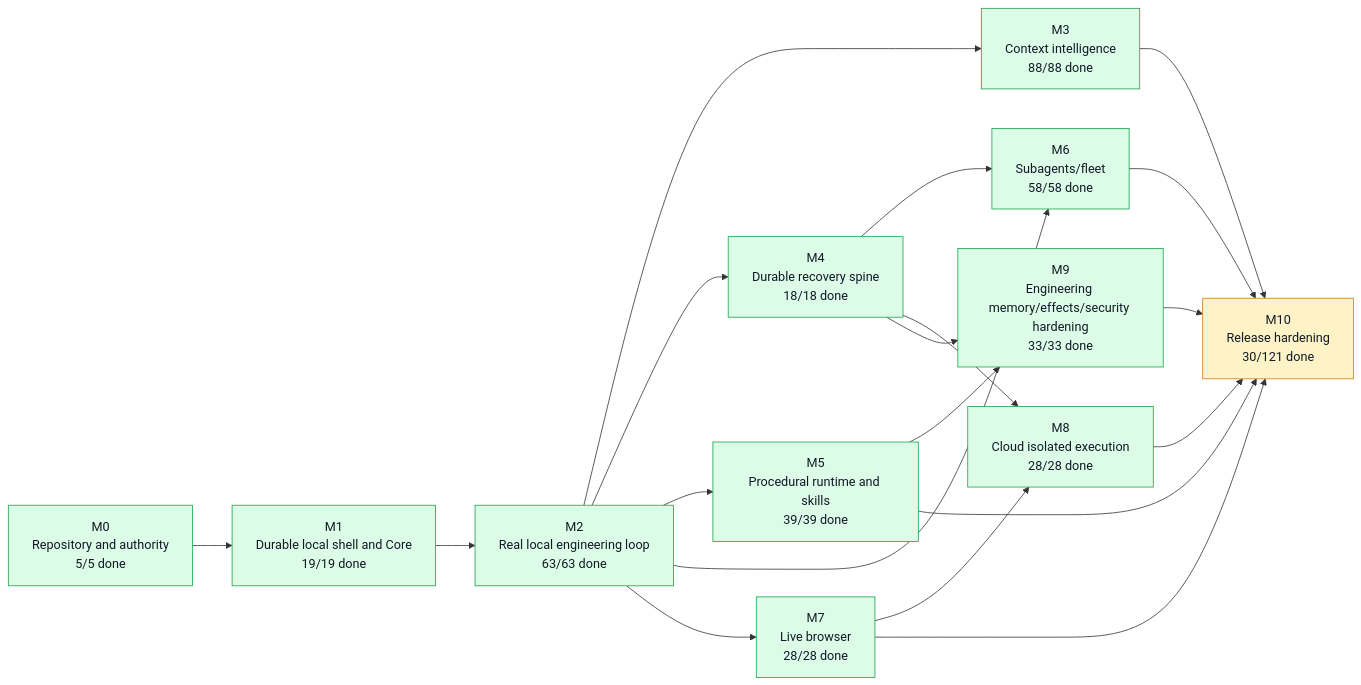
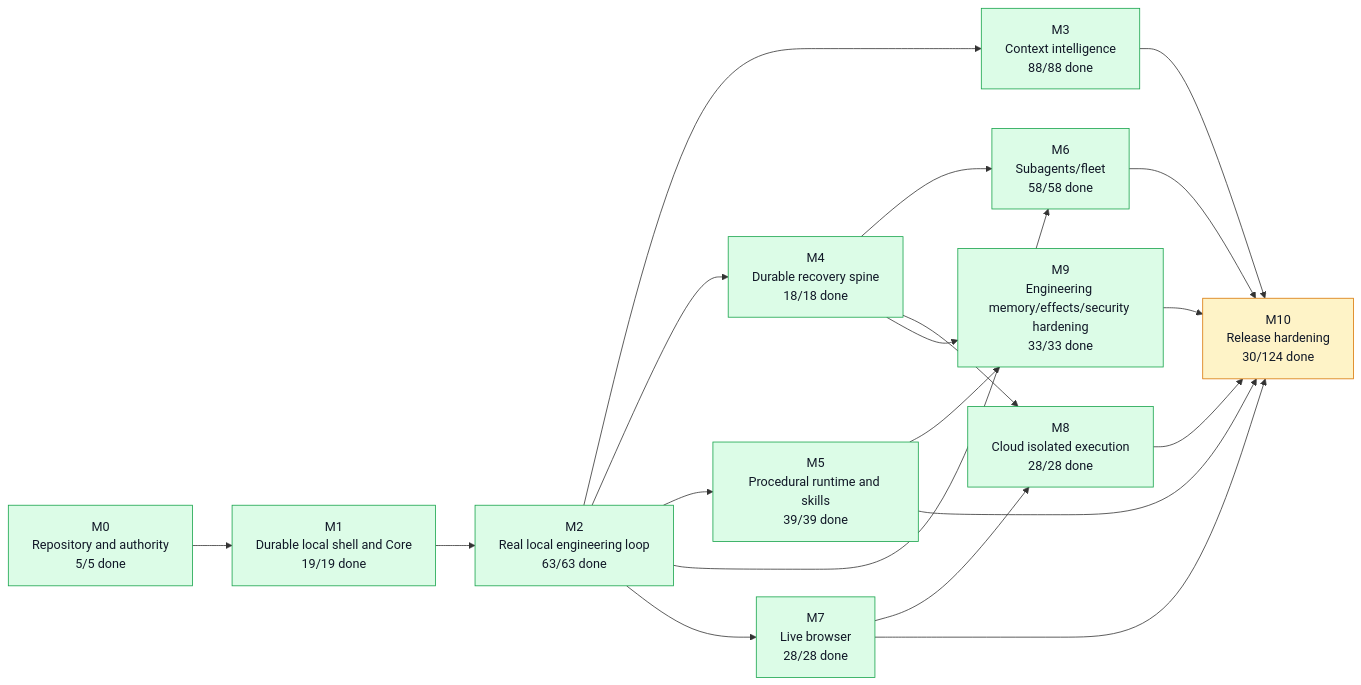
One commit to moss101/modbit changed the first of 5 diagrams in graph/PROJECT_GRAPH.md. Above: the diagram before and after it, drawn with Mermaid. The commit also changed other lines of this file and 51 other files, not shown here.

````diff
--- a/graph/PROJECT_GRAPH.md
+++ b/graph/PROJECT_GRAPH.md
@@ -57,43 +57,43 @@
 ```mermaid
 flowchart LR
   M0["M0<br/>Repository and authority<br/>5/5 done"]
   M1["M1<br/>Durable local shell and Core<br/>19/19 done"]
   M2["M2<br/>Real local engineering loop<br/>63/63 done"]
   M3["M3<br/>Context intelligence<br/>88/88 done"]
   M4["M4<br/>Durable recovery spine<br/>18/18 done"]
   M5["M5<br/>Procedural runtime and skills<br/>39/39 done"]
   M6["M6<br/>Subagents/fleet<br/>58/58 done"]
   M7["M7<br/>Live browser<br/>28/28 done"]
   M8["M8<br/>Cloud isolated execution<br/>28/28 done"]
   M9["M9<br/>Engineering memory/effects/security hardening<br/>33/33 done"]
-  M10["M10<br/>Release hardening<br/>30/121 done"]
+  M10["M10<br/>Release hardening<br/>30/124 done"]
   M0 --> M1
   M1 --> M2
   M2 --> M3
   M2 --> M4
   M2 --> M5
   M2 --> M6
   M4 --> M6
   M2 --> M7
   M4 --> M8
   M7 --> M8
   M4 --> M9
   M5 --> M9
   M3 --> M10
   M5 --> M10
   M6 --> M10
   M7 --> M10
   M8 --> M10
   M9 --> M10
   style M0 fill:#dcfce7,stroke:#16a34a,color:#111827
   style M1 fill:#dcfce7,stroke:#16a34a,color:#111827
   style M2 fill:#dcfce7,stroke:#16a34a,color:#111827
   style M3 fill:#dcfce7,stroke:#16a34a,color:#111827
   style M4 fill:#dcfce7,stroke:#16a34a,color:#111827
   style M5 fill:#dcfce7,stroke:#16a34a,color:#111827
   style M6 fill:#dcfce7,stroke:#16a34a,color:#111827
   style M7 fill:#dcfce7,stroke:#16a34a,color:#111827
   style M8 fill:#dcfce7,stroke:#16a34a,color:#111827
   style M9 fill:#dcfce7,stroke:#16a34a,color:#111827
   style M10 fill:#fef3c7,stroke:#d97706,color:#111827
 ```
````
